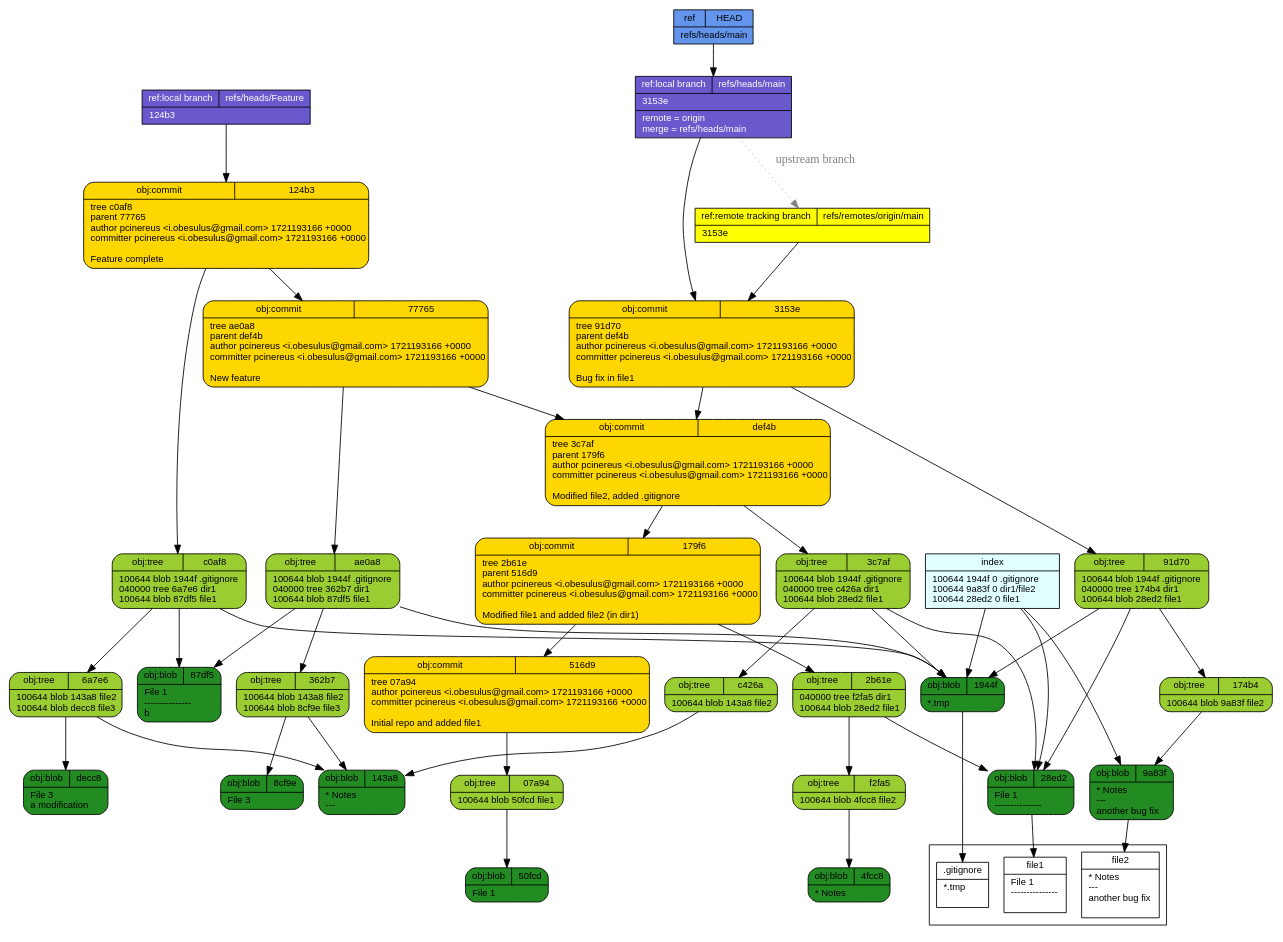
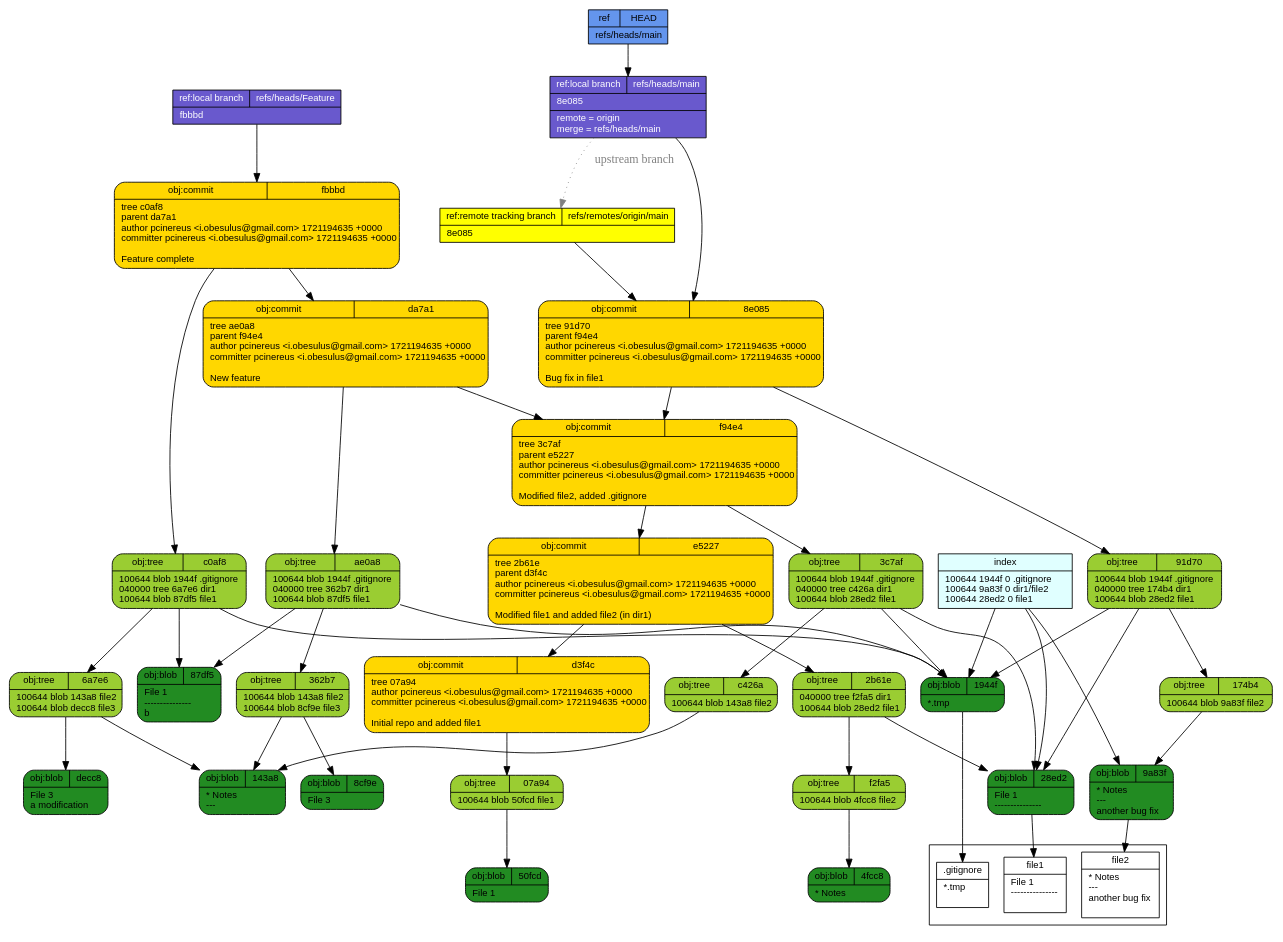
One commit to pcinereus/SUYRs_documents changed the diagram in tut/git-draw.dot. Above: the diagram before and after it, drawn with Graphviz. The commit also changed 608 other files, not shown here.

```diff
--- a/tut/git-draw.dot
+++ b/tut/git-draw.dot
@@ -1,57 +1,57 @@
 digraph structs {
   node [shape=record,fontsize=11,fontname="arial"];
   rankdir="TB";
   _f2fa5 [fillcolor="yellowgreen", style="filled,rounded", label="{{obj:tree|f2fa5}|100644\ blob\ 4fcc8\	file2\l}"]  _f2fa5 -> _4fcc8
   _07a94 [fillcolor="yellowgreen", style="filled,rounded", label="{{obj:tree|07a94}|100644\ blob\ 50fcd\	file1\l}"]  _07a94 -> _50fcd
   _143a8 [fillcolor="forestgreen", style="filled,rounded", label="{{obj:blob|143a8}|\*\ Notes\l\-\-\-\l}"]  _c0af8 [fillcolor="yellowgreen", style="filled,rounded", label="{{obj:tree|c0af8}|100644\ blob\ 1944f\	\.gitignore\l040000\ tree\ 6a7e6\	dir1\l100644\ blob\ 87df5\	file1\l}"]  _c0af8 -> _1944f
   _c0af8 -> _6a7e6
   _c0af8 -> _87df5
-  _4fcc8 [fillcolor="forestgreen", style="filled,rounded", label="{{obj:blob|4fcc8}|\*\ Notes\l}"]  _124b3 [fillcolor="gold", style="filled,rounded", label="{{obj:commit|124b3}|tree\ c0af8\lparent\ 77765\lauthor\ pcinereus\ \<i\.obesulus\@gmail\.com\>\ 1721193166\ \+0000\lcommitter\ pcinereus\ \<i\.obesulus\@gmail\.com\>\ 1721193166\ \+0000\l\lFeature\ complete\l}"]  _124b3 -> _c0af8
-  _124b3 -> _77765
-  _77765 [fillcolor="gold", style="filled,rounded", label="{{obj:commit|77765}|tree\ ae0a8\lparent\ def4b\lauthor\ pcinereus\ \<i\.obesulus\@gmail\.com\>\ 1721193166\ \+0000\lcommitter\ pcinereus\ \<i\.obesulus\@gmail\.com\>\ 1721193166\ \+0000\l\lNew\ feature\l}"]  _77765 -> _ae0a8
-  _77765 -> _def4b
+  _d3f4c [fillcolor="gold", style="filled,rounded", label="{{obj:commit|d3f4c}|tree\ 07a94\lauthor\ pcinereus\ \<i\.obesulus\@gmail\.com\>\ 1721194635\ \+0000\lcommitter\ pcinereus\ \<i\.obesulus\@gmail\.com\>\ 1721194635\ \+0000\l\lInitial\ repo\ and\ added\ file1\l}"]  _d3f4c -> _07a94
+  _4fcc8 [fillcolor="forestgreen", style="filled,rounded", label="{{obj:blob|4fcc8}|\*\ Notes\l}"]  _e5227 [fillcolor="gold", style="filled,rounded", label="{{obj:commit|e5227}|tree\ 2b61e\lparent\ d3f4c\lauthor\ pcinereus\ \<i\.obesulus\@gmail\.com\>\ 1721194635\ \+0000\lcommitter\ pcinereus\ \<i\.obesulus\@gmail\.com\>\ 1721194635\ \+0000\l\lModified\ file1\ and\ added\ file2\ \(in\ dir1\)\l}"]  _e5227 -> _2b61e
+  _e5227 -> _d3f4c
+  _fbbbd [fillcolor="gold", style="filled,rounded", label="{{obj:commit|fbbbd}|tree\ c0af8\lparent\ da7a1\lauthor\ pcinereus\ \<i\.obesulus\@gmail\.com\>\ 1721194635\ \+0000\lcommitter\ pcinereus\ \<i\.obesulus\@gmail\.com\>\ 1721194635\ \+0000\l\lFeature\ complete\l}"]  _fbbbd -> _c0af8
+  _fbbbd -> _da7a1
   _c426a [fillcolor="yellowgreen", style="filled,rounded", label="{{obj:tree|c426a}|100644\ blob\ 143a8\	file2\l}"]  _c426a -> _143a8
-  _1944f [fillcolor="forestgreen", style="filled,rounded", label="{{obj:blob|1944f}|\*\.tmp\l}"]  _50fcd [fillcolor="forestgreen", style="filled,rounded", label="{{obj:blob|50fcd}|File\ 1\l}"]  _3153e [fillcolor="gold", style="filled,rounded", label="{{obj:commit|3153e}|tree\ 91d70\lparent\ def4b\lauthor\ pcinereus\ \<i\.obesulus\@gmail\.com\>\ 1721193166\ \+0000\lcommitter\ pcinereus\ \<i\.obesulus\@gmail\.com\>\ 1721193166\ \+0000\l\lBug\ fix\ in\ file1\l}"]  _3153e -> _91d70
-  _3153e -> _def4b
-  _8cf9e [fillcolor="forestgreen", style="filled,rounded", label="{{obj:blob|8cf9e}|File\ 3\l}"]  _91d70 [fillcolor="yellowgreen", style="filled,rounded", label="{{obj:tree|91d70}|100644\ blob\ 1944f\	\.gitignore\l040000\ tree\ 174b4\	dir1\l100644\ blob\ 28ed2\	file1\l}"]  _91d70 -> _1944f
+  _1944f [fillcolor="forestgreen", style="filled,rounded", label="{{obj:blob|1944f}|\*\.tmp\l}"]  _50fcd [fillcolor="forestgreen", style="filled,rounded", label="{{obj:blob|50fcd}|File\ 1\l}"]  _8cf9e [fillcolor="forestgreen", style="filled,rounded", label="{{obj:blob|8cf9e}|File\ 3\l}"]  _8e085 [fillcolor="gold", style="filled,rounded", label="{{obj:commit|8e085}|tree\ 91d70\lparent\ f94e4\lauthor\ pcinereus\ \<i\.obesulus\@gmail\.com\>\ 1721194635\ \+0000\lcommitter\ pcinereus\ \<i\.obesulus\@gmail\.com\>\ 1721194635\ \+0000\l\lBug\ fix\ in\ file1\l}"]  _8e085 -> _91d70
+  _8e085 -> _f94e4
+  _91d70 [fillcolor="yellowgreen", style="filled,rounded", label="{{obj:tree|91d70}|100644\ blob\ 1944f\	\.gitignore\l040000\ tree\ 174b4\	dir1\l100644\ blob\ 28ed2\	file1\l}"]  _91d70 -> _1944f
   _91d70 -> _174b4
   _91d70 -> _28ed2
+  _da7a1 [fillcolor="gold", style="filled,rounded", label="{{obj:commit|da7a1}|tree\ ae0a8\lparent\ f94e4\lauthor\ pcinereus\ \<i\.obesulus\@gmail\.com\>\ 1721194635\ \+0000\lcommitter\ pcinereus\ \<i\.obesulus\@gmail\.com\>\ 1721194635\ \+0000\l\lNew\ feature\l}"]  _da7a1 -> _ae0a8
+  _da7a1 -> _f94e4
   _9a83f [fillcolor="forestgreen", style="filled,rounded", label="{{obj:blob|9a83f}|\*\ Notes\l\-\-\-\l\ another\ bug\ fix\l}"]  _ae0a8 [fillcolor="yellowgreen", style="filled,rounded", label="{{obj:tree|ae0a8}|100644\ blob\ 1944f\	\.gitignore\l040000\ tree\ 362b7\	dir1\l100644\ blob\ 87df5\	file1\l}"]  _ae0a8 -> _1944f
   _ae0a8 -> _362b7
   _ae0a8 -> _87df5
+  _f94e4 [fillcolor="gold", style="filled,rounded", label="{{obj:commit|f94e4}|tree\ 3c7af\lparent\ e5227\lauthor\ pcinereus\ \<i\.obesulus\@gmail\.com\>\ 1721194635\ \+0000\lcommitter\ pcinereus\ \<i\.obesulus\@gmail\.com\>\ 1721194635\ \+0000\l\lModified\ file2\,\ added\ \.gitignore\l}"]  _f94e4 -> _3c7af
+  _f94e4 -> _e5227
   _2b61e [fillcolor="yellowgreen", style="filled,rounded", label="{{obj:tree|2b61e}|040000\ tree\ f2fa5\	dir1\l100644\ blob\ 28ed2\	file1\l}"]  _2b61e -> _f2fa5
   _2b61e -> _28ed2
   _87df5 [fillcolor="forestgreen", style="filled,rounded", label="{{obj:blob|87df5}|File\ 1\l\-\-\-\-\-\-\-\-\-\-\-\-\-\-\-\lb\l}"]  _362b7 [fillcolor="yellowgreen", style="filled,rounded", label="{{obj:tree|362b7}|100644\ blob\ 143a8\	file2\l100644\ blob\ 8cf9e\	file3\l}"]  _362b7 -> _143a8
   _362b7 -> _8cf9e
   _3c7af [fillcolor="yellowgreen", style="filled,rounded", label="{{obj:tree|3c7af}|100644\ blob\ 1944f\	\.gitignore\l040000\ tree\ c426a\	dir1\l100644\ blob\ 28ed2\	file1\l}"]  _3c7af -> _1944f
   _3c7af -> _c426a
   _3c7af -> _28ed2
   _28ed2 [fillcolor="forestgreen", style="filled,rounded", label="{{obj:blob|28ed2}|File\ 1\l\-\-\-\-\-\-\-\-\-\-\-\-\-\-\-\l}"]  _6a7e6 [fillcolor="yellowgreen", style="filled,rounded", label="{{obj:tree|6a7e6}|100644\ blob\ 143a8\	file2\l100644\ blob\ decc8\	file3\l}"]  _6a7e6 -> _143a8
   _6a7e6 -> _decc8
-  _179f6 [fillcolor="gold", style="filled,rounded", label="{{obj:commit|179f6}|tree\ 2b61e\lparent\ 516d9\lauthor\ pcinereus\ \<i\.obesulus\@gmail\.com\>\ 1721193166\ \+0000\lcommitter\ pcinereus\ \<i\.obesulus\@gmail\.com\>\ 1721193166\ \+0000\l\lModified\ file1\ and\ added\ file2\ \(in\ dir1\)\l}"]  _179f6 -> _2b61e
-  _179f6 -> _516d9
   _174b4 [fillcolor="yellowgreen", style="filled,rounded", label="{{obj:tree|174b4}|100644\ blob\ 9a83f\	file2\l}"]  _174b4 -> _9a83f
-  _decc8 [fillcolor="forestgreen", style="filled,rounded", label="{{obj:blob|decc8}|File\ 3\l\ a\ modification\l}"]  _def4b [fillcolor="gold", style="filled,rounded", label="{{obj:commit|def4b}|tree\ 3c7af\lparent\ 179f6\lauthor\ pcinereus\ \<i\.obesulus\@gmail\.com\>\ 1721193166\ \+0000\lcommitter\ pcinereus\ \<i\.obesulus\@gmail\.com\>\ 1721193166\ \+0000\l\lModified\ file2\,\ added\ \.gitignore\l}"]  _def4b -> _3c7af
-  _def4b -> _179f6
-  _516d9 [fillcolor="gold", style="filled,rounded", label="{{obj:commit|516d9}|tree\ 07a94\lauthor\ pcinereus\ \<i\.obesulus\@gmail\.com\>\ 1721193166\ \+0000\lcommitter\ pcinereus\ \<i\.obesulus\@gmail\.com\>\ 1721193166\ \+0000\l\lInitial\ repo\ and\ added\ file1\l}"]  _516d9 -> _07a94
-  _refs___heads___Feature [style=filled, fillcolor=slateblue3, fontcolor = white,  label="{{ref:local branch|refs\/heads\/Feature}|124b3\l}"]
-  _refs___heads___Feature -> _124b3
+  _decc8 [fillcolor="forestgreen", style="filled,rounded", label="{{obj:blob|decc8}|File\ 3\l\ a\ modification\l}"]  _refs___heads___Feature [style=filled, fillcolor=slateblue3, fontcolor = white,  label="{{ref:local branch|refs\/heads\/Feature}|fbbbd\l}"]
+  _refs___heads___Feature -> _fbbbd
   _refs___heads___main -> _refs___remotes___origin___main [style=dotted, color=gray, fontcolor=gray, label="upstream branch"]
-  _refs___heads___main [style=filled, fillcolor=slateblue3, fontcolor = white,  label="{{ref:local branch|refs\/heads\/main}|3153e\l|remote\ \=\ origin\lmerge\ \=\ refs\/heads\/main\l}"]
-  _refs___heads___main -> _3153e
-  _refs___remotes___origin___main [style=filled, fillcolor=yellow, fontcolor = black,  label="{{ref:remote tracking branch|refs\/remotes\/origin\/main}|3153e\l}"]
-  _refs___remotes___origin___main -> _3153e
+  _refs___heads___main [style=filled, fillcolor=slateblue3, fontcolor = white,  label="{{ref:local branch|refs\/heads\/main}|8e085\l|remote\ \=\ origin\lmerge\ \=\ refs\/heads\/main\l}"]
+  _refs___heads___main -> _8e085
+  _refs___remotes___origin___main [style=filled, fillcolor=yellow, fontcolor = black,  label="{{ref:remote tracking branch|refs\/remotes\/origin\/main}|8e085\l}"]
+  _refs___remotes___origin___main -> _8e085
   _HEAD [style=filled, fillcolor=cornflowerblue, fontcolor=black,  label="{{ref|HEAD}|refs\/heads\/main\l}"]
   _HEAD -> _refs___heads___main
   index -> _1944f
   index -> _9a83f
   index -> _28ed2
   index [style=filled, fillcolor=lightcyan, label="{{index}|100644\ 1944f\ 0\	\.gitignore\l100644\ 9a83f\ 0\	dir1\/file2\l100644\ 28ed2\ 0\	file1\l}"]
 subgraph cluster_1 {rank=sink  _gitignore [fillcolor="white", label="{{.gitignore}|*.tmp\l\l}"] 
   _file2 [fillcolor="white", label="{{file2}|* Notes\l---\l another bug fix\l\l}"] 
   _file1 [fillcolor="white", label="{{file1}|File 1\l---------------\l\l}"] 
 }
  _1944f -> _gitignore
  _9a83f -> _file2
  _28ed2 -> _file1
 }
```
